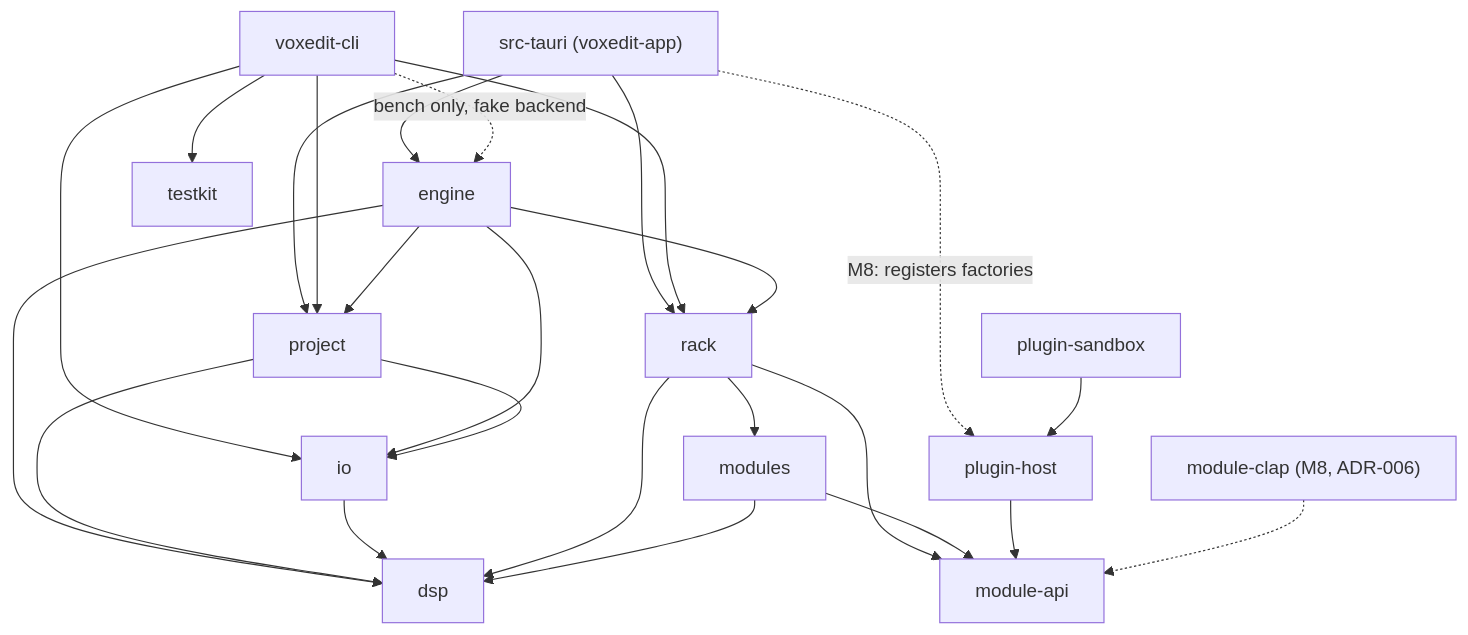
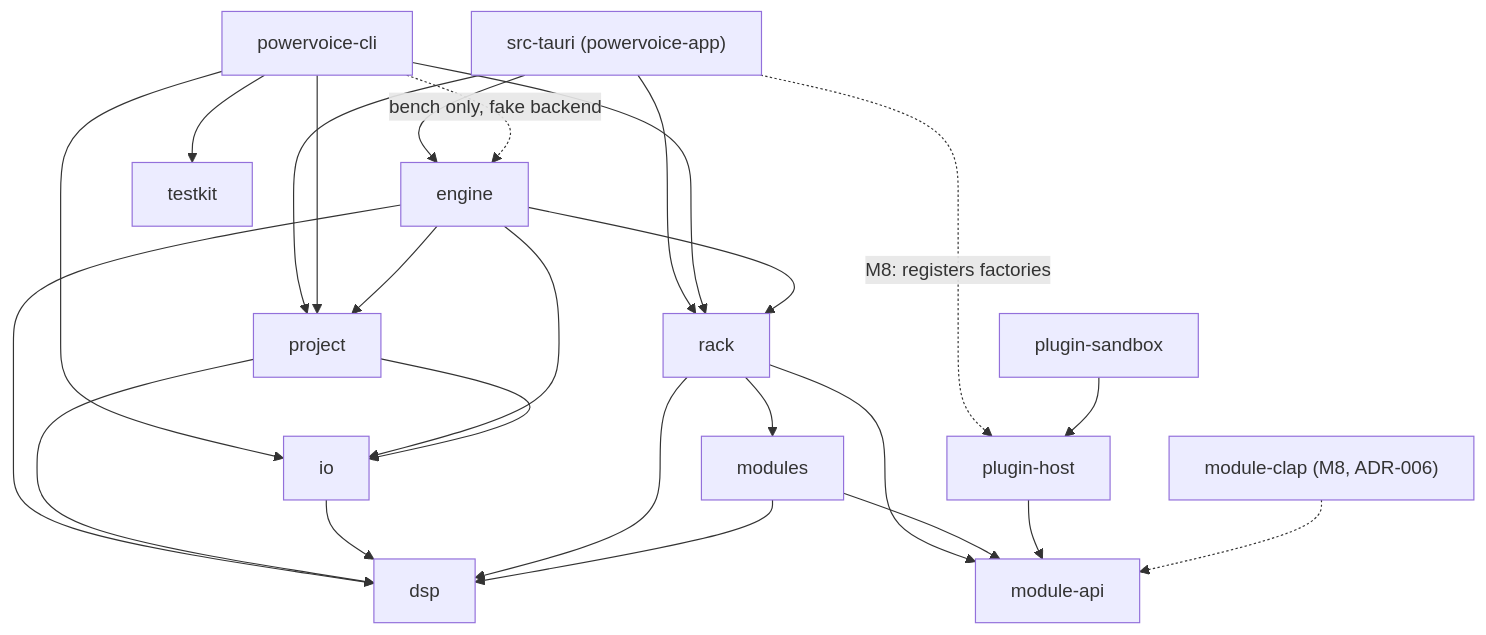
The first of 2 diagrams in docs/adr/ADR-001-architecture-overview.md (engLucasCorreia/powervoice), drawn with Mermaid before and after one commit. The commit also changed other lines of this file and 36 other files, not shown here.

````diff
--- a/docs/adr/ADR-001-architecture-overview.md
+++ b/docs/adr/ADR-001-architecture-overview.md
@@ -31,28 +31,28 @@
 ```mermaid
 graph TD
-  app["src-tauri (voxedit-app)"] --> engine
+  app["src-tauri (powervoice-app)"] --> engine
   app --> project
   app --> rack
   app -. "M8: registers factories" .-> phost[plugin-host]
-  cli[voxedit-cli] --> rack
+  cli[powervoice-cli] --> rack
   cli --> project
   cli --> io
   cli --> testkit
   cli -. "bench only, fake backend" .-> engine
   engine --> rack
   engine --> project
   engine --> io
   engine --> dsp
   project --> io
   project --> dsp
   io --> dsp
   rack --> modules
   rack --> module-api
   rack --> dsp
   modules --> module-api
   modules --> dsp
   phost --> module-api
   mclap["module-clap (M8, ADR-006)"] -.-> module-api
   sandbox[plugin-sandbox] --> phost
   testkit
 ```
````
